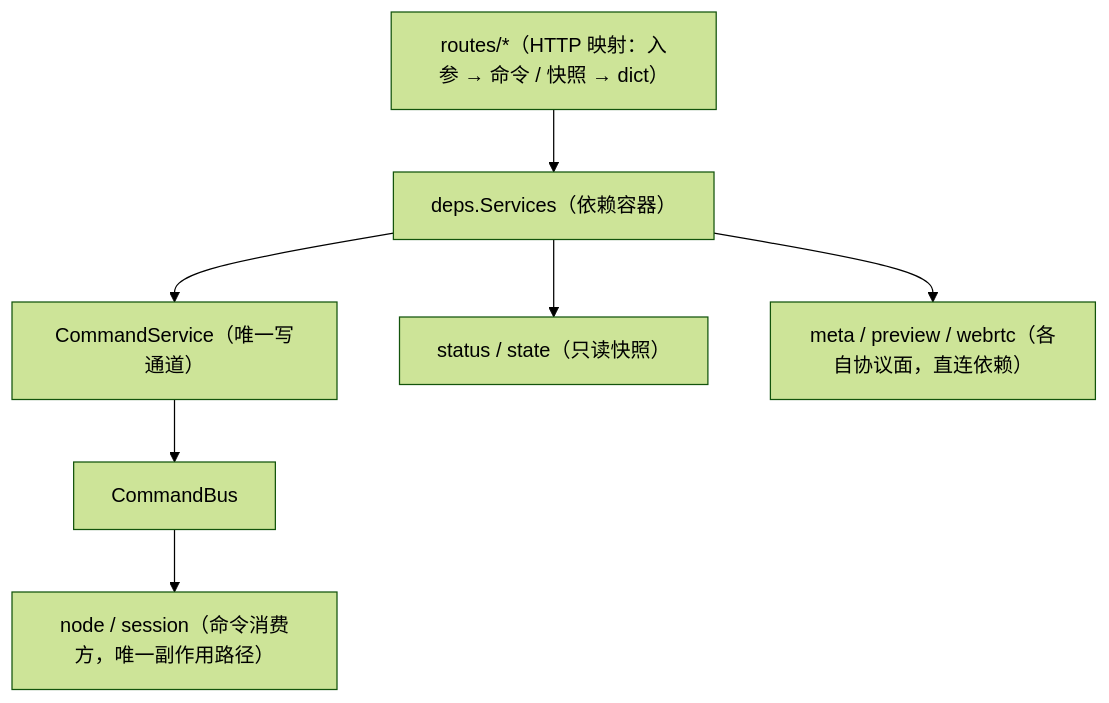
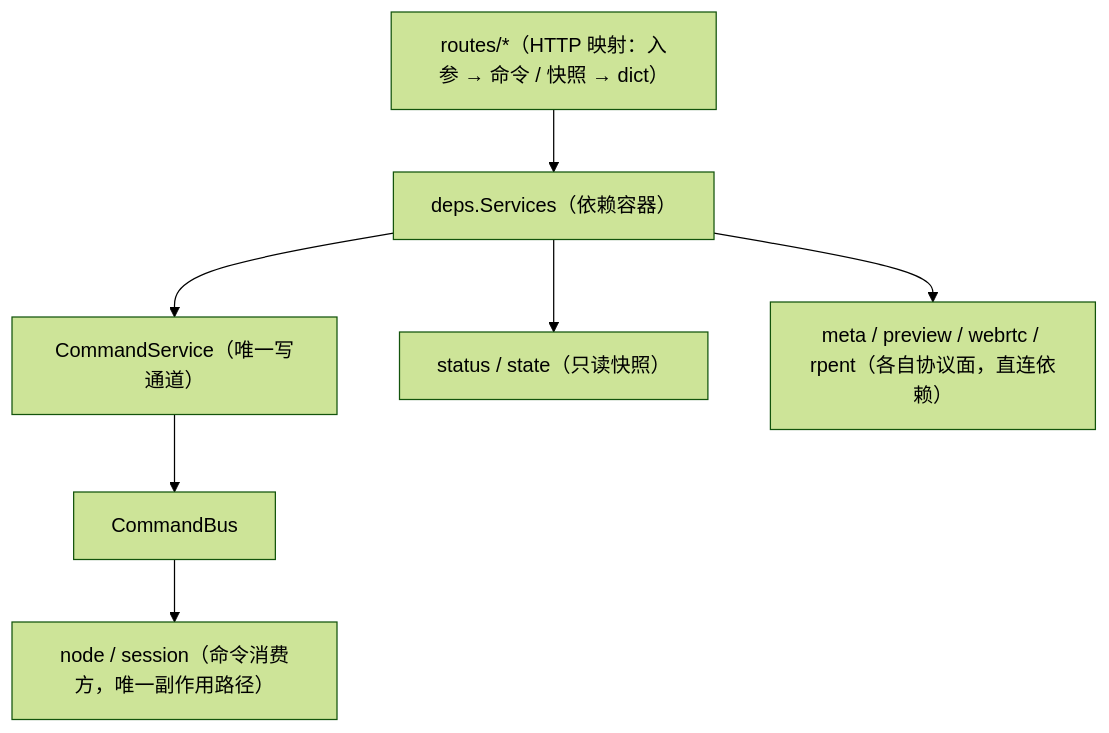
Before and after one commit to Dark-be/motrix-edge: the diagram in wiki/design/motrix_edge_server.md, drawn with Mermaid (forest theme). The commit also changed other lines of this file and 60 other files, not shown here.

````diff
--- a/wiki/design/motrix_edge_server.md
+++ b/wiki/design/motrix_edge_server.md
@@ -34,8 +32,8 @@
 ```mermaid
 flowchart TD
     R["routes/*（HTTP 映射：入参 → 命令 / 快照 → dict）"] --> D["deps.Services（依赖容器）"]
     D --> CMD["CommandService（唯一写通道）"]
     D --> S["status / state（只读快照）"]
-    D --> X["meta / preview / webrtc（各自协议面，直连依赖）"]
+    D --> X["meta / preview / webrtc / rpent（各自协议面，直连依赖）"]
     CMD --> B["CommandBus"] --> N["node / session（命令消费方，唯一副作用路径）"]
 ```
````
